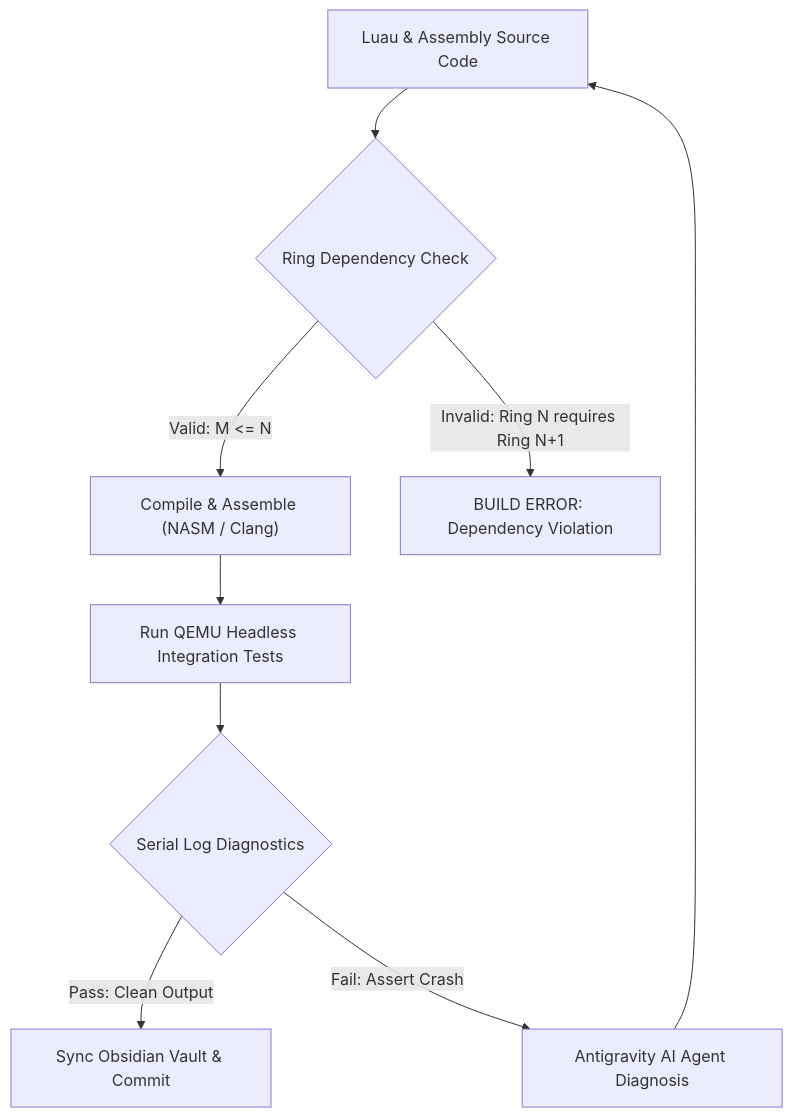
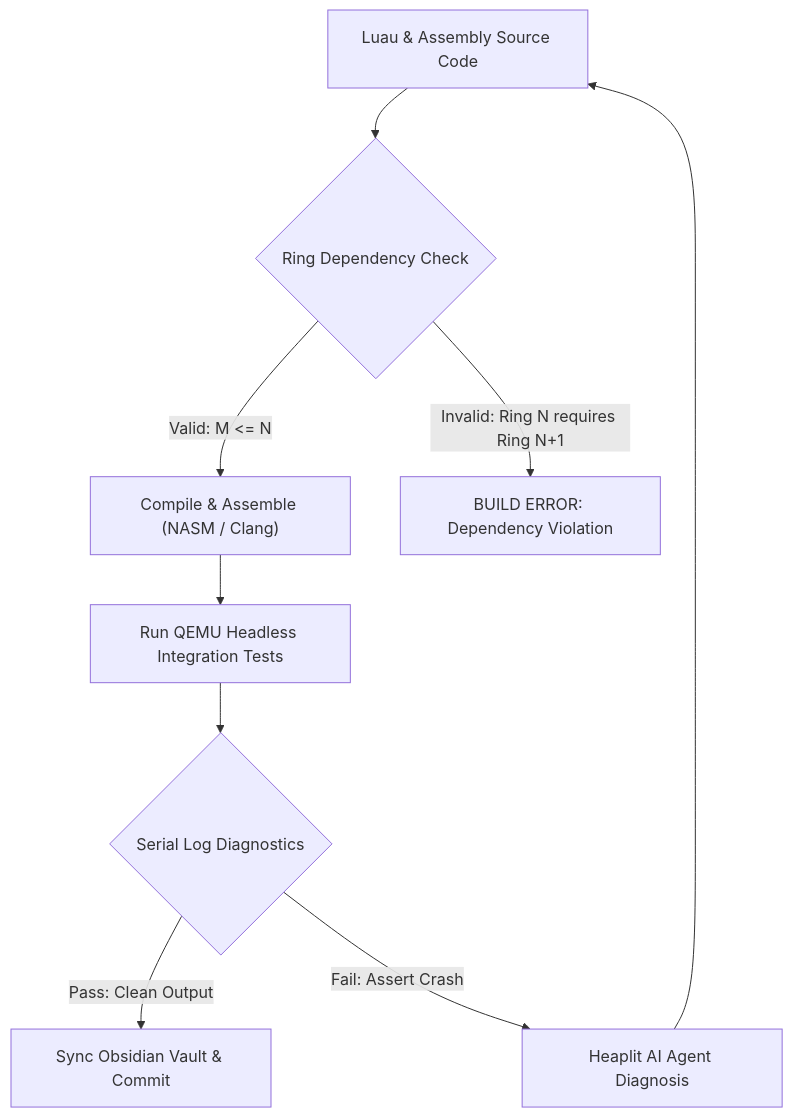
One commit to Heaplyn/Heaplit-OS changed the diagram in obsidian_vault/00 - Architecture/Code Quality & Engineering Guidelines.md. Above: the diagram before and after it, drawn with Mermaid. The commit also changed 34 other files, not shown here.

Commit message:
refactor: rename Antigravity agent and daemon references to Heaplit agent across codebase and vault

````diff
--- a/obsidian_vault/00 - Architecture/Code Quality & Engineering Guidelines.md
+++ b/obsidian_vault/00 - Architecture/Code Quality & Engineering Guidelines.md
@@ -97,11 +97,11 @@
 ```mermaid
 flowchart TD
     A["Luau & Assembly Source Code"] --> B{"Ring Dependency Check"}
     B -->|"Valid: M <= N"| C["Compile & Assemble (NASM / Clang)"]
     B -->|"Invalid: Ring N requires Ring N+1"| D["BUILD ERROR: Dependency Violation"]
     C --> E["Run QEMU Headless Integration Tests"]
     E --> F{"Serial Log Diagnostics"}
     F -->|"Pass: Clean Output"| G["Sync Obsidian Vault & Commit"]
-    F -->|"Fail: Assert Crash"| H["Antigravity AI Agent Diagnosis"]
+    F -->|"Fail: Assert Crash"| H["Heaplit AI Agent Diagnosis"]
     H --> A
 ```
````
